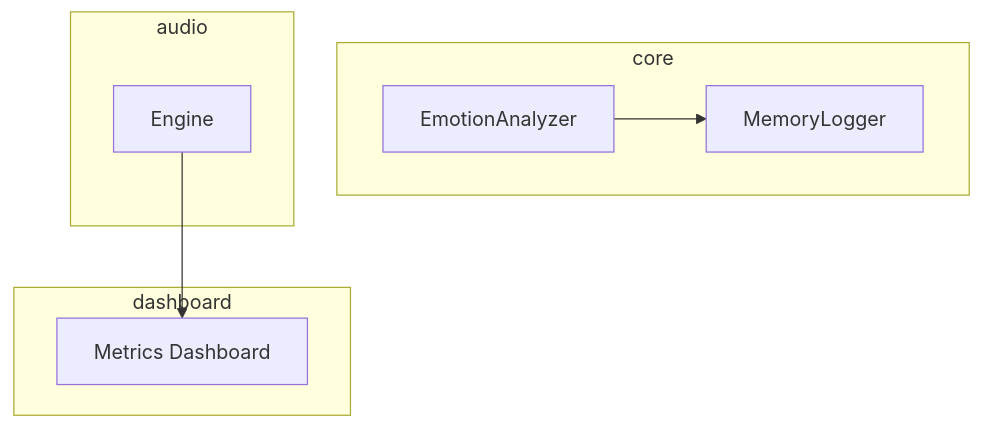
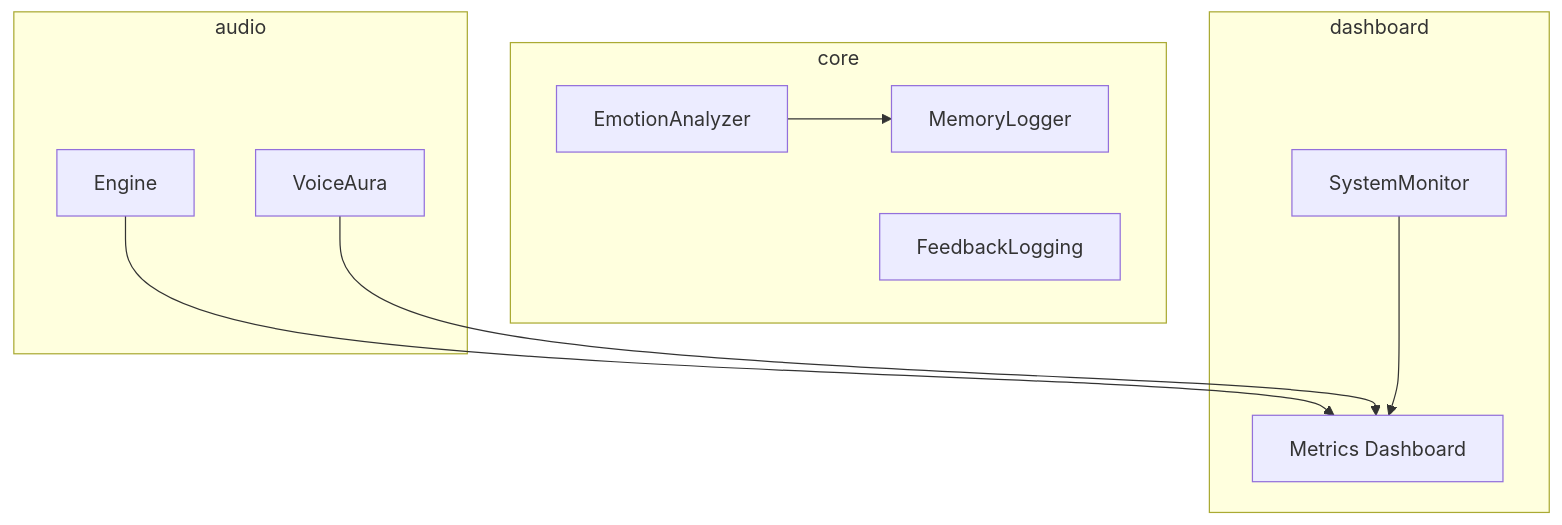
One commit to DINGIRABZU/ABZU changed the second of 3 diagrams in docs/architecture_overview.md. Above: the diagram before and after it, drawn with Mermaid. The commit also changed other lines of this file and 22 other files, not shown here.

````diff
--- a/docs/architecture_overview.md
+++ b/docs/architecture_overview.md
@@ -42,15 +42,20 @@
 ```mermaid
 graph TD
     subgraph core
         EA[EmotionAnalyzer]
         ML[MemoryLogger]
+        FL[FeedbackLogging]
     end
     subgraph audio
         EN[Engine]
+        VA[VoiceAura]
     end
     subgraph dashboard
         APP[Metrics Dashboard]
+        MON[SystemMonitor]
     end
     EA --> ML
     EN --> APP
+    VA --> APP
+    MON --> APP
 ```
````
